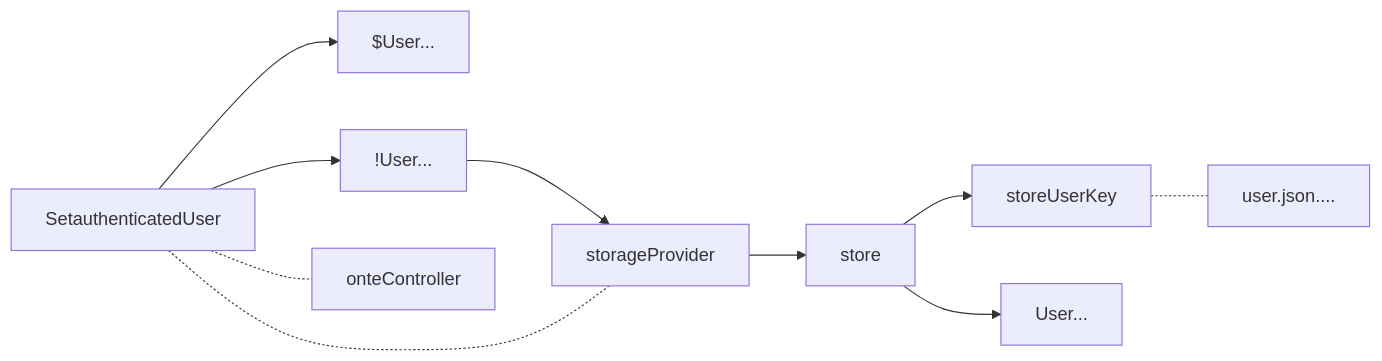
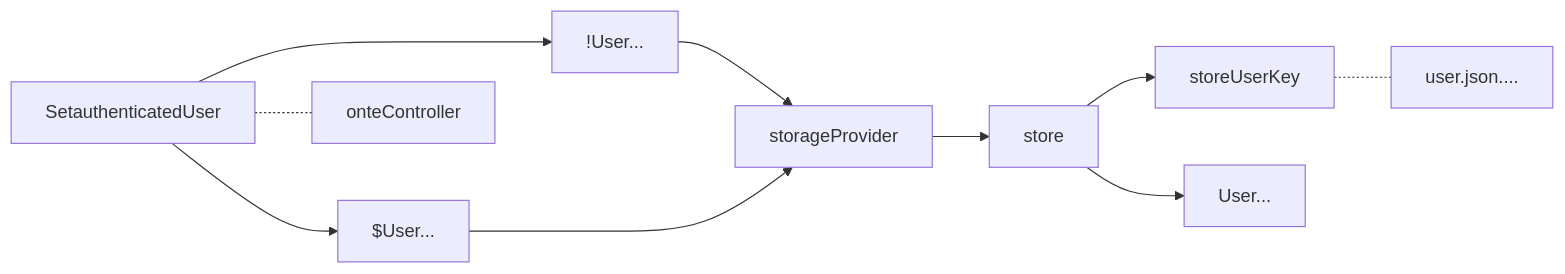
Before and after one commit to gordianknotC/nxp_note: the fourth of 6 diagrams in newage/astro.md, drawn with Mermaid. The commit also changed other lines of this file, not shown here.

Commit message:
newage/astro.md updated from https://stackedit.io/

````diff
--- a/newage/astro.md
+++ b/newage/astro.md
@@ -46,12 +46,14 @@
 ```mermaid
 graph LR
 storeUserKey -.- user.json....
 SetauthenticatedUser --> $User...
 SetauthenticatedUser --> !User...
 !User... --> storageProvider
-SetauthenticatedUser -.- storageProvider
-SetauthenticatedUser -.- onteController
 storageProvider --> store
 store --> storeUserKey
 store --> User...
+
+$User... ---> storageProvider
+
+ SetauthenticatedUser -.- onteController
 ```
````
